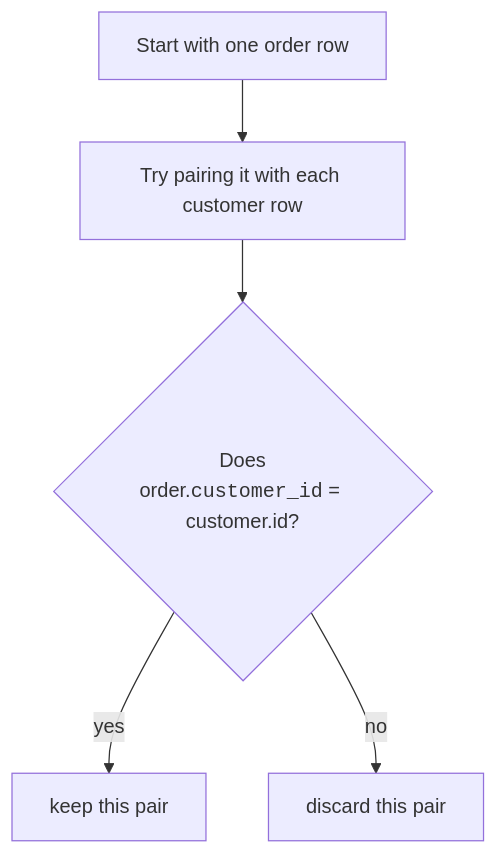
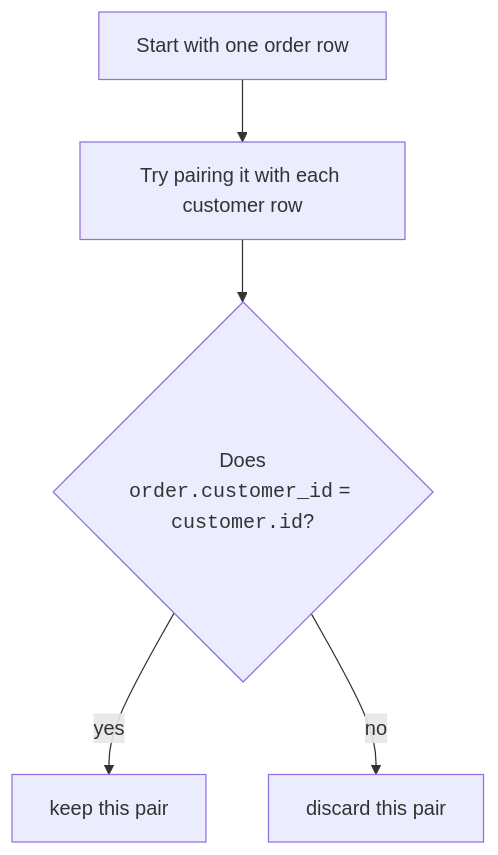
One commit to dataslope/dataslope changed the second of 4 diagrams in content/courses/sqlite-for-beginners/understanding-joins.mdx. Above: the diagram before and after it, drawn with Mermaid. The commit also changed 65 other files, not shown here.

First line of the commit message:
Set code in every mermaid label in the mono face

````diff
--- a/content/courses/sqlite-for-beginners/understanding-joins.mdx
+++ b/content/courses/sqlite-for-beginners/understanding-joins.mdx
@@ -82,7 +82,7 @@
 ```mermaid
 flowchart TB
     A["Start with one order row"] --> B["Try pairing it with each customer row"]
-    B --> C{"Does<br/>order.<code>customer_id</code> = customer.id?"}
+    B --> C{"Does<br/><code>order.customer_id</code> = <code>customer.id</code>?"}
     C -->|"yes"| D["keep this pair"]
     C -->|"no"| E["discard this pair"]
 ```
````
